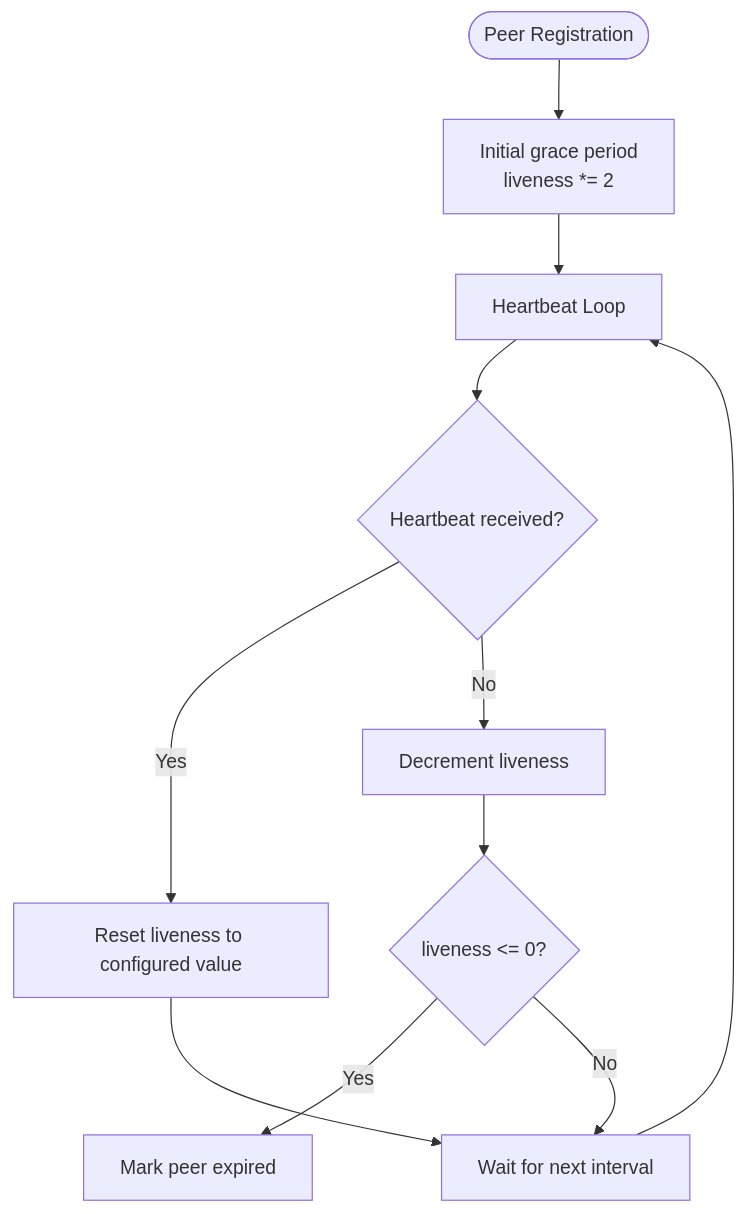
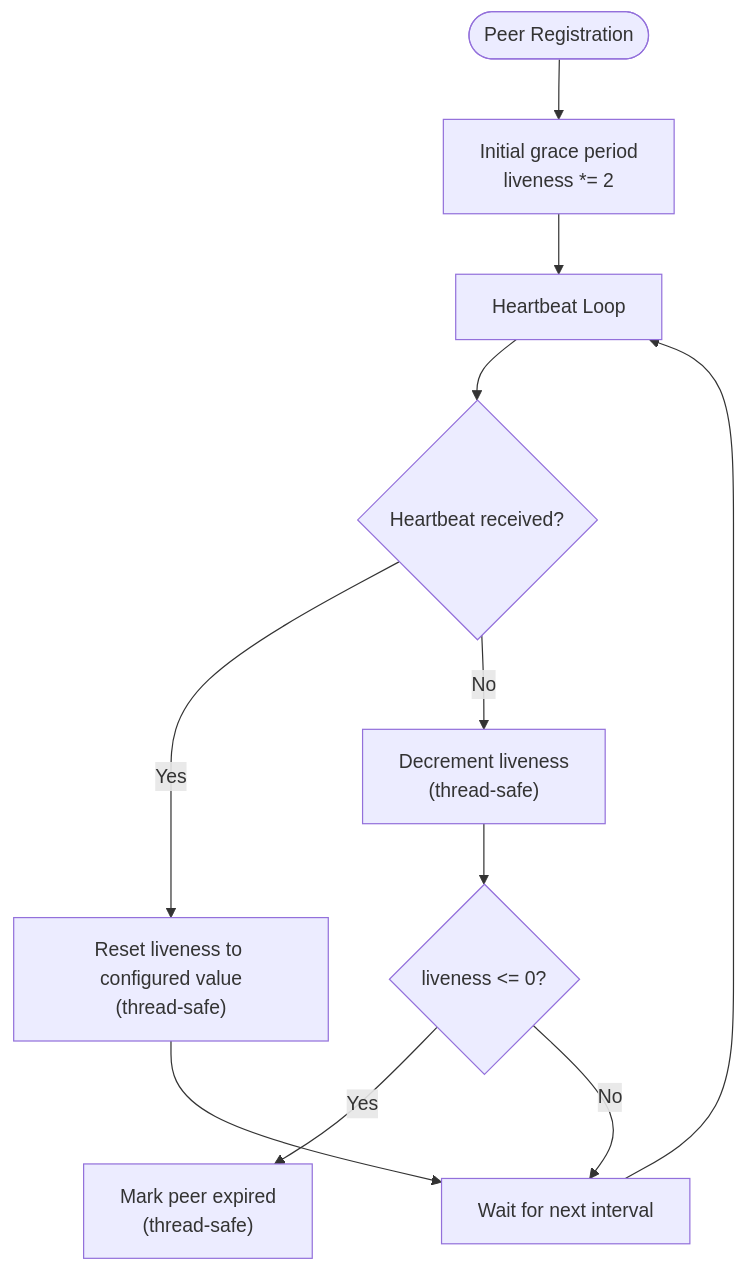
One commit to zt281/TycheEngine changed the ninth of 11 diagrams in .qoder/repowiki/en/content/Heartbeat and Reliability.md. Above: the diagram before and after it, drawn with Mermaid. The commit also changed other lines of this file and 34 other files, not shown here.

````diff
--- a/.qoder/repowiki/en/content/Heartbeat and Reliability.md
+++ b/.qoder/repowiki/en/content/Heartbeat and Reliability.md
@@ -301,13 +329,13 @@
 ```mermaid
 flowchart TD
 Start(["Peer Registration"]) --> InitGrace["Initial grace period<br/>liveness *= 2"]
 InitGrace --> HeartbeatLoop["Heartbeat Loop"]
 HeartbeatLoop --> ReceiveHB{"Heartbeat received?"}
-ReceiveHB --> |Yes| ResetLiveness["Reset liveness to configured value"]
-ReceiveHB --> |No| Decrement["Decrement liveness"]
+ReceiveHB --> |Yes| ResetLiveness["Reset liveness to configured value<br/>(thread-safe)"]
+ReceiveHB --> |No| Decrement["Decrement liveness<br/>(thread-safe)"]
 Decrement --> CheckExpired{"liveness <= 0?"}
-CheckExpired --> |Yes| Expired["Mark peer expired"]
+CheckExpired --> |Yes| Expired["Mark peer expired<br/>(thread-safe)"]
 CheckExpired --> |No| NextInterval["Wait for next interval"]
 ResetLiveness --> NextInterval
 NextInterval --> HeartbeatLoop
 ```
````
